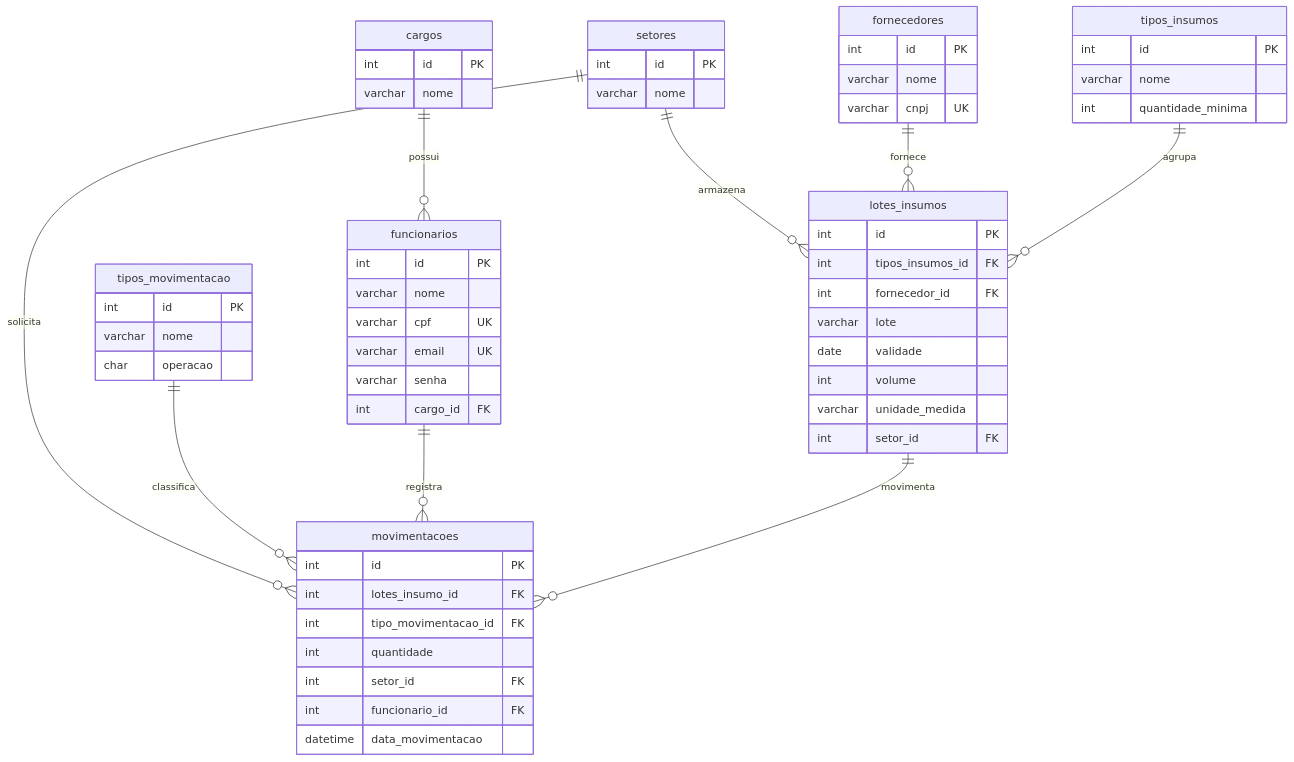
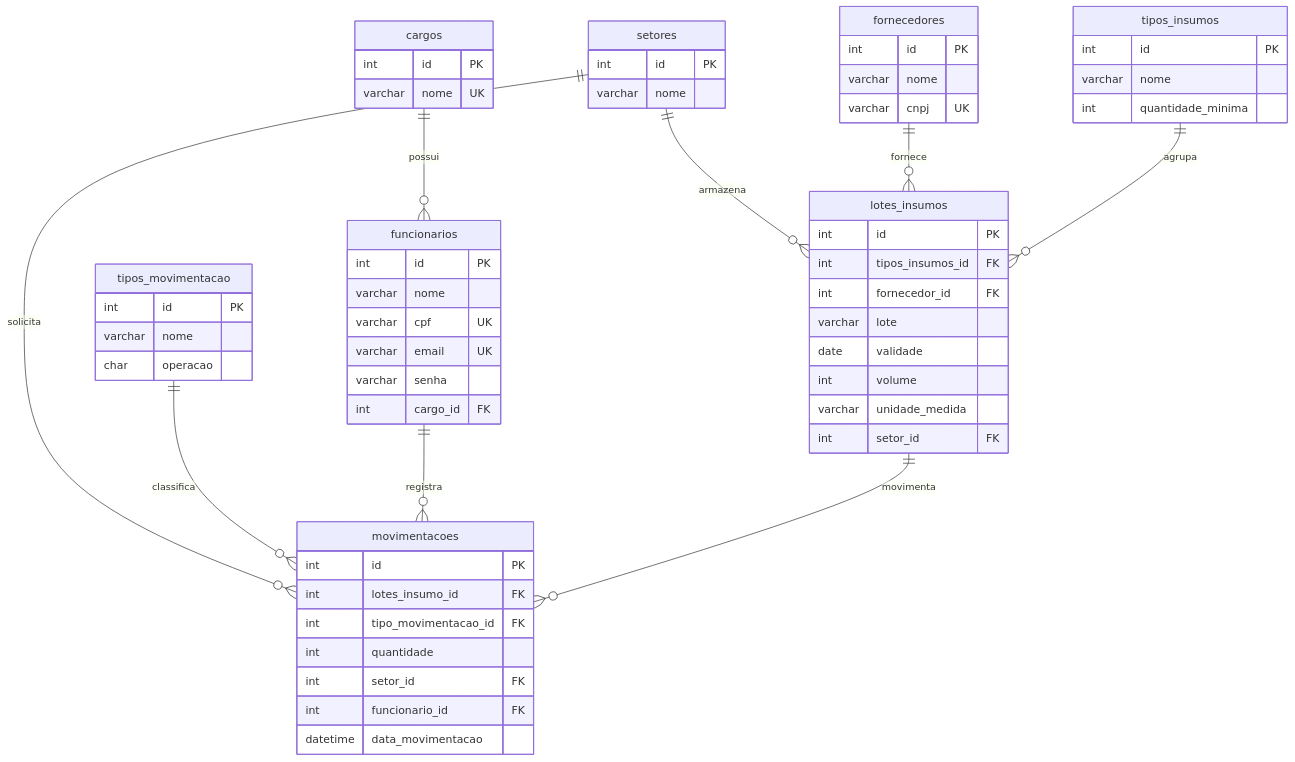
The diagram in docs/03_modelagem_banco_e_revisao.md (Mathesu-veLi/sistema-almoxarifado-bebidas), drawn with Mermaid before and after one commit. The commit also changed other lines of this file, not shown here.

````diff
--- a/docs/03_modelagem_banco_e_revisao.md
+++ b/docs/03_modelagem_banco_e_revisao.md
@@ -62,69 +57,69 @@
 ```mermaid
 erDiagram
     cargos ||--o{ funcionarios : "possui"
     setores ||--o{ lotes_insumos : "armazena"
     setores ||--o{ movimentacoes : "solicita"
     fornecedores ||--o{ lotes_insumos : "fornece"
     tipos_insumos ||--o{ lotes_insumos : "agrupa"
     tipos_movimentacao ||--o{ movimentacoes : "classifica"
     funcionarios ||--o{ movimentacoes : "registra"
     lotes_insumos ||--o{ movimentacoes : "movimenta"
 
     cargos {
         int id PK
-        varchar nome
+        varchar nome UK
     }
 
     funcionarios {
         int id PK
         varchar nome
         varchar cpf UK
         varchar email UK
         varchar senha
         int cargo_id FK
     }
 
     fornecedores {
         int id PK
         varchar nome
         varchar cnpj UK
     }
 
     setores {
         int id PK
         varchar nome
     }
 
     tipos_insumos {
         int id PK
         varchar nome
         int quantidade_minima
     }
 
     lotes_insumos {
         int id PK
         int tipos_insumos_id FK
         int fornecedor_id FK
         varchar lote
         date validade
         int volume
         varchar unidade_medida
         int setor_id FK
     }
 
     tipos_movimentacao {
         int id PK
         varchar nome
         char operacao
     }
 
     movimentacoes {
         int id PK
         int lotes_insumo_id FK
         int tipo_movimentacao_id FK
         int quantidade
         int setor_id FK
         int funcionario_id FK
         datetime data_movimentacao
     }
 ```
````
